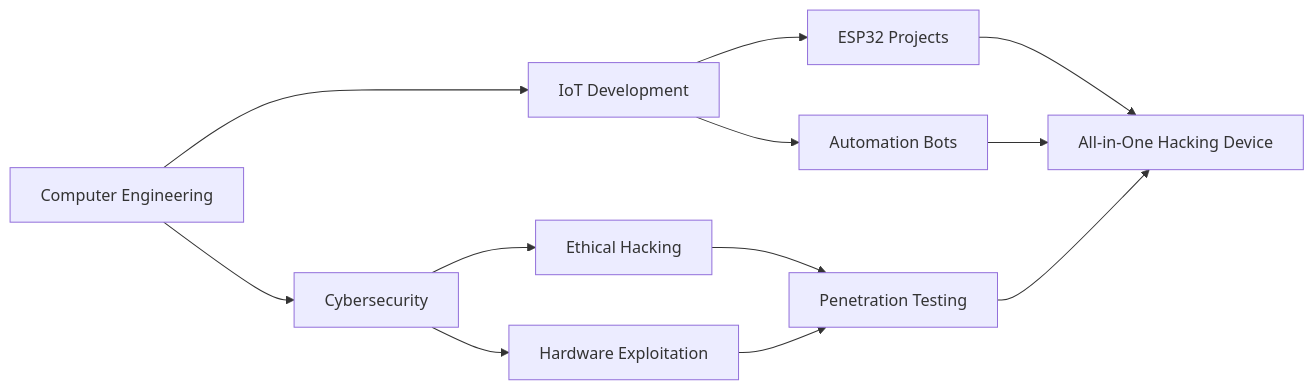
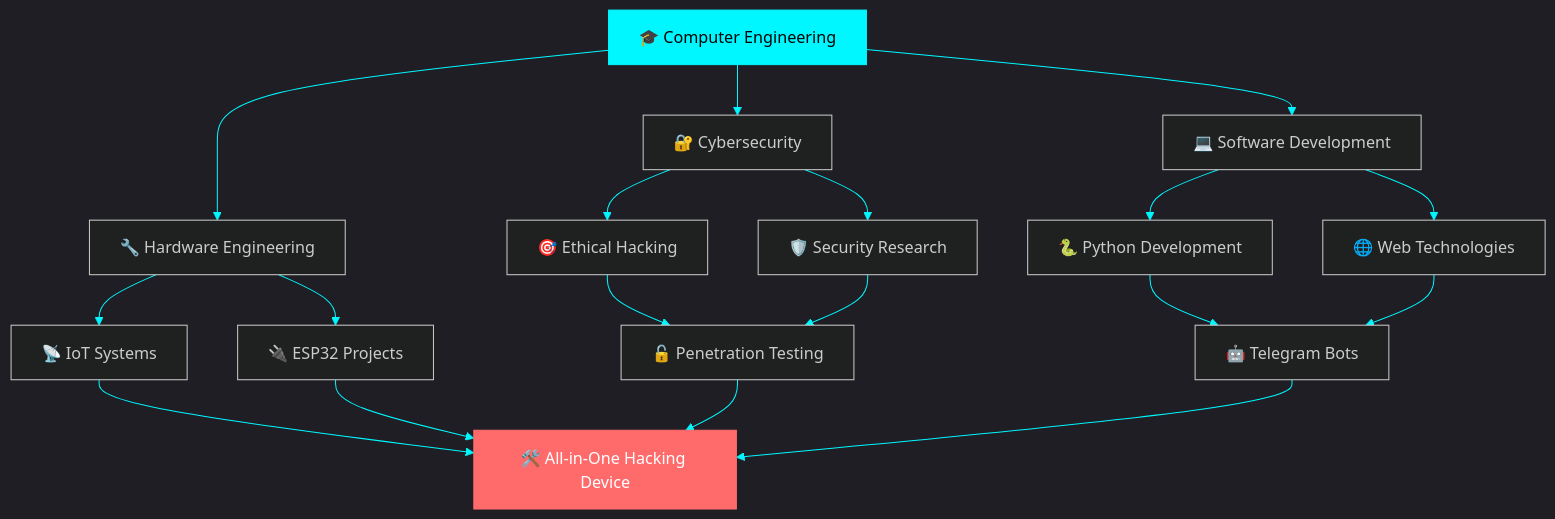
Before and after one commit to Muhammednihalmp/Muhammednihalmp: the diagram in README.md, drawn with Mermaid. The commit also changed other lines of this file, not shown here.

````diff
--- a/README.md
+++ b/README.md
@@ -131,14 +285,30 @@
 ```mermaid
-graph LR
-    A[Computer Engineering] --> B[Cybersecurity]
-    A --> C[IoT Development]
-    B --> D[Ethical Hacking]
-    B --> E[Hardware Exploitation]
-    C --> F[ESP32 Projects]
-    C --> G[Automation Bots]
-    D --> H[Penetration Testing]
-    E --> H
-    F --> I[All-in-One Hacking Device]
-    G --> I
-    H --> I
+%%{init: {'theme':'dark', 'themeVariables': { 'primaryColor':'#00F7FF','primaryTextColor':'#fff','primaryBorderColor':'#00F7FF','lineColor':'#00F7FF','secondaryColor':'#0D1117','tertiaryColor':'#1a1a2e'}}}%%
+graph TB
+    A[🎓 Computer Engineering] --> B[🔐 Cybersecurity]
+    A --> C[💻 Software Development]
+    A --> D[🔧 Hardware Engineering]
+    
+    B --> E[🎯 Ethical Hacking]
+    B --> F[🛡️ Security Research]
+    
+    C --> G[🐍 Python Development]
+    C --> H[🌐 Web Technologies]
+    
+    D --> I[📡 IoT Systems]
+    D --> J[🔌 ESP32 Projects]
+    
+    E --> K[🔓 Penetration Testing]
+    F --> K
+    
+    G --> L[🤖 Telegram Bots]
+    H --> L
+    
+    I --> M[🛠️ All-in-One Hacking Device]
+    J --> M
+    K --> M
+    L --> M
+    
+    style A fill:#00F7FF,stroke:#00F7FF,color:#000
+    style M fill:#FF6B6B,stroke:#FF6B6B,color:#fff
 ```
````
